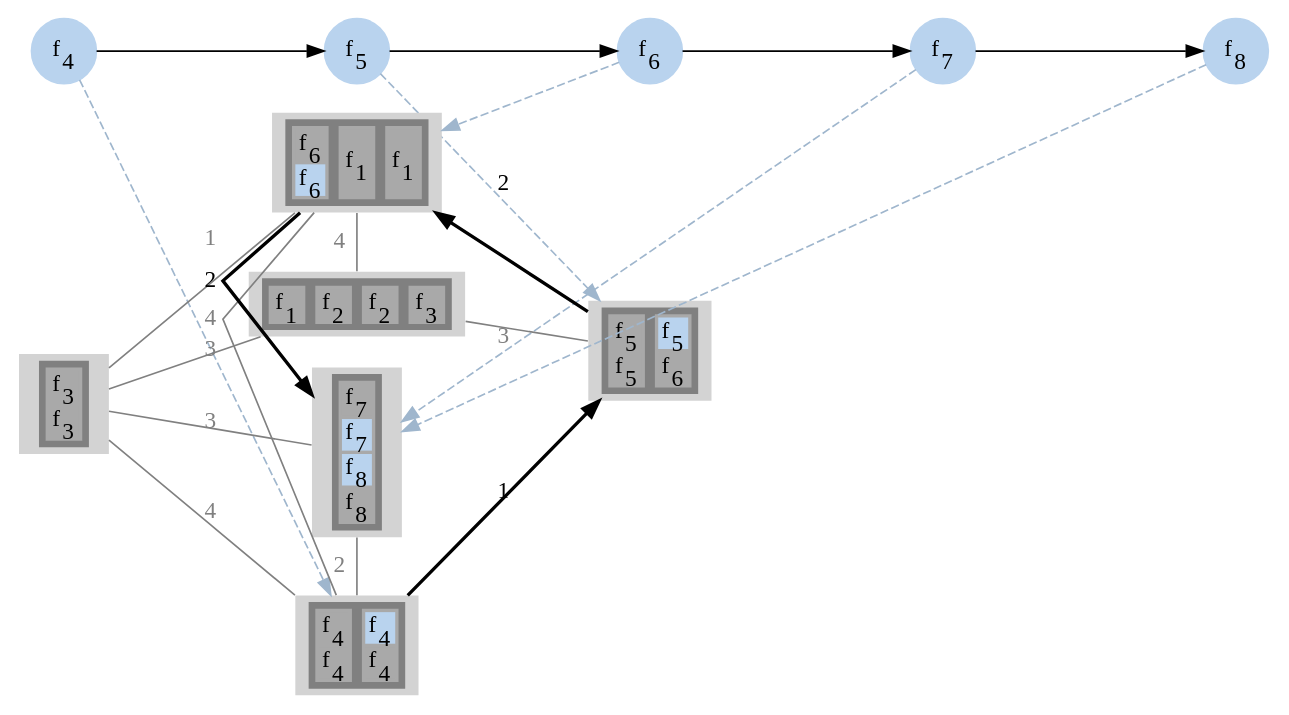
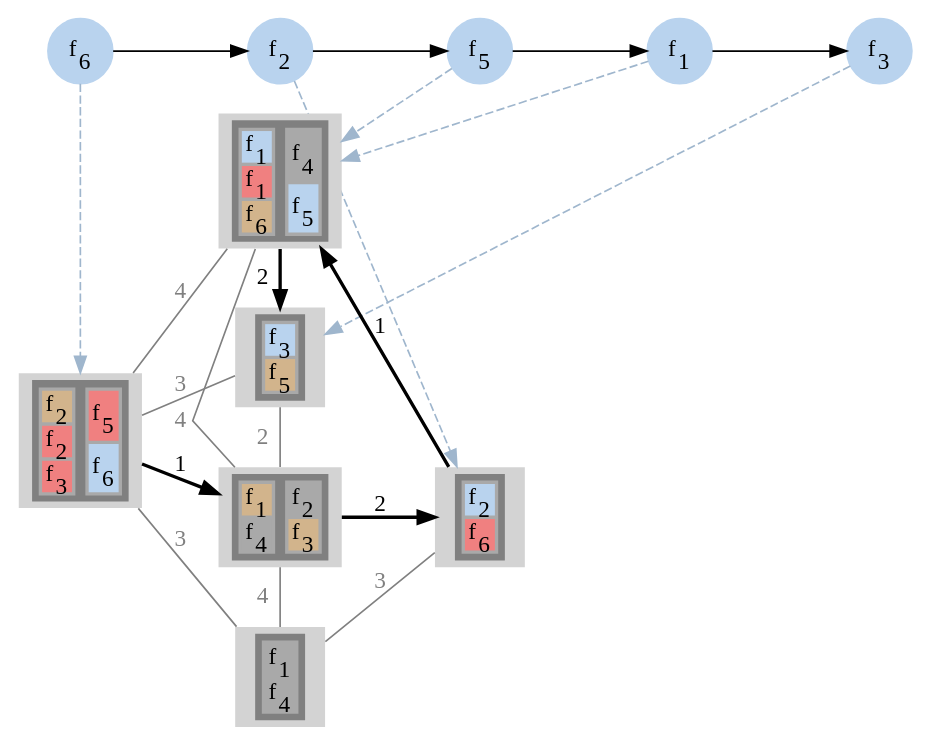
The diagram in output/mainSample1/gv/sfcAssgn5.gv (prateekshyap/SFC_Placement_in_VNF), drawn with Graphviz before and after one commit. The commit also changed 54 other files, not shown here.

```diff
--- a/output/mainSample1/gv/sfcAssgn5.gv
+++ b/output/mainSample1/gv/sfcAssgn5.gv
@@ -5,20 +5,20 @@
 subgraph sfc
 {
 node [shape=circle]
-{rank = same; f4; };
+{rank = same; f6; };
+{rank = same; f2; };
 {rank = same; f5; };
-{rank = same; f6; };
-{rank = same; f7; };
-{rank = same; f8; };
-f4[style=filled label=<f<SUB>4</SUB>> color="slategray2"]
+{rank = same; f1; };
+{rank = same; f3; };
+f6[style=filled label=<f<SUB>6</SUB>> color="slategray2"]
+f2[style=filled label=<f<SUB>2</SUB>> color="slategray2"]
 f5[style=filled label=<f<SUB>5</SUB>> color="slategray2"]
-f6[style=filled label=<f<SUB>6</SUB>> color="slategray2"]
-f7[style=filled label=<f<SUB>7</SUB>> color="slategray2"]
-f8[style=filled label=<f<SUB>8</SUB>> color="slategray2"]
-f4 -> f5
-f5 -> f6
-f6 -> f7
-f7 -> f8
+f1[style=filled label=<f<SUB>1</SUB>> color="slategray2"]
+f3[style=filled label=<f<SUB>3</SUB>> color="slategray2"]
+f6 -> f2
+f2 -> f5
+f5 -> f1
+f1 -> f3
 }
 subgraph network
 {
@@ -26,20 +26,21 @@
 {rank = same; 1; };
 {rank = same; 2; 3; 5; 6; };
 {rank = same; 4; };
-3[style=filled
+1[style=filled
 label=<
 <TABLE BORDER="0" BGCOLOR="gray">
 <TR>
 <TD>
 <TABLE BORDER="0" BGCOLOR="darkgray">
-<TR><TD PORT="f9" BGCOLOR="darkgray">f<SUB>4</SUB></TD></TR>
-<TR><TD PORT="f10" BGCOLOR="darkgray">f<SUB>4</SUB></TD></TR>
+<TR><TD PORT="f4" BGCOLOR="tan">f<SUB>2</SUB></TD></TR>
+<TR><TD PORT="f4" BGCOLOR="lightcoral">f<SUB>2</SUB></TD></TR>
+<TR><TD PORT="f7" BGCOLOR="lightcoral">f<SUB>3</SUB></TD></TR>
 </TABLE>
 </TD>
 <TD>
 <TABLE BORDER="0" BGCOLOR="darkgray">
-<TR><TD PORT="f11" BGCOLOR="slategray2">f<SUB>4</SUB></TD></TR>
-<TR><TD PORT="f12" BGCOLOR="darkgray">f<SUB>4</SUB></TD></TR>
+<TR><TD PORT="f13" BGCOLOR="lightcoral">f<SUB>5</SUB></TD></TR>
+<TR><TD PORT="f18" BGCOLOR="slategray2">f<SUB>6</SUB></TD></TR>
 </TABLE>
 </TD>
 </TR>
@@ -51,14 +52,8 @@
 <TR>
 <TD>
 <TABLE BORDER="0" BGCOLOR="darkgray">
-<TR><TD PORT="f13" BGCOLOR="darkgray">f<SUB>5</SUB></TD></TR>
-<TR><TD PORT="f14" BGCOLOR="darkgray">f<SUB>5</SUB></TD></TR>
-</TABLE>
-</TD>
-<TD>
-<TABLE BORDER="0" BGCOLOR="darkgray">
-<TR><TD PORT="f15" BGCOLOR="slategray2">f<SUB>5</SUB></TD></TR>
-<TR><TD PORT="f16" BGCOLOR="darkgray">f<SUB>6</SUB></TD></TR>
+<TR><TD PORT="f5" BGCOLOR="slategray2">f<SUB>2</SUB></TD></TR>
+<TR><TD PORT="f17" BGCOLOR="lightcoral">f<SUB>6</SUB></TD></TR>
 </TABLE>
 </TD>
 </TR>
@@ -70,14 +65,81 @@
 <TR>
 <TD>
 <TABLE BORDER="0" BGCOLOR="darkgray">
-<TR><TD PORT="f13" BGCOLOR="darkgray">f<SUB>5</SUB></TD></TR>
-<TR><TD PORT="f14" BGCOLOR="darkgray">f<SUB>5</SUB></TD></TR>
+<TR><TD PORT="f5" BGCOLOR="slategray2">f<SUB>2</SUB></TD></TR>
+<TR><TD PORT="f17" BGCOLOR="lightcoral">f<SUB>6</SUB></TD></TR>
+</TABLE>
+</TD>
+</TR>
+</TABLE>>]
+
+3[style=filled
+label=<
+<TABLE BORDER="0" BGCOLOR="gray">
+<TR>
+<TD>
+<TABLE BORDER="0" BGCOLOR="darkgray">
+<TR><TD PORT="f1" BGCOLOR="slategray2">f<SUB>1</SUB></TD></TR>
+<TR><TD PORT="f1" BGCOLOR="lightcoral">f<SUB>1</SUB></TD></TR>
+<TR><TD PORT="f16" BGCOLOR="tan">f<SUB>6</SUB></TD></TR>
 </TABLE>
 </TD>
 <TD>
 <TABLE BORDER="0" BGCOLOR="darkgray">
-<TR><TD PORT="f15" BGCOLOR="slategray2">f<SUB>5</SUB></TD></TR>
-<TR><TD PORT="f16" BGCOLOR="darkgray">f<SUB>6</SUB></TD></TR>
+<TR><TD PORT="f10" BGCOLOR="darkgray">f<SUB>4</SUB></TD></TR>
+<TR><TD PORT="f14" BGCOLOR="slategray2">f<SUB>5</SUB></TD></TR>
+</TABLE>
+</TD>
+</TR>
+</TABLE>>]
+
+3[style=filled
+label=<
+<TABLE BORDER="0" BGCOLOR="gray">
+<TR>
+<TD>
+<TABLE BORDER="0" BGCOLOR="darkgray">
+<TR><TD PORT="f1" BGCOLOR="slategray2">f<SUB>1</SUB></TD></TR>
+<TR><TD PORT="f1" BGCOLOR="lightcoral">f<SUB>1</SUB></TD></TR>
+<TR><TD PORT="f16" BGCOLOR="tan">f<SUB>6</SUB></TD></TR>
+</TABLE>
+</TD>
+<TD>
+<TABLE BORDER="0" BGCOLOR="darkgray">
+<TR><TD PORT="f10" BGCOLOR="darkgray">f<SUB>4</SUB></TD></TR>
+<TR><TD PORT="f14" BGCOLOR="slategray2">f<SUB>5</SUB></TD></TR>
+</TABLE>
+</TD>
+</TR>
+</TABLE>>]
+
+3[style=filled
+label=<
+<TABLE BORDER="0" BGCOLOR="gray">
+<TR>
+<TD>
+<TABLE BORDER="0" BGCOLOR="darkgray">
+<TR><TD PORT="f1" BGCOLOR="slategray2">f<SUB>1</SUB></TD></TR>
+<TR><TD PORT="f1" BGCOLOR="lightcoral">f<SUB>1</SUB></TD></TR>
+<TR><TD PORT="f16" BGCOLOR="tan">f<SUB>6</SUB></TD></TR>
+</TABLE>
+</TD>
+<TD>
+<TABLE BORDER="0" BGCOLOR="darkgray">
+<TR><TD PORT="f10" BGCOLOR="darkgray">f<SUB>4</SUB></TD></TR>
+<TR><TD PORT="f14" BGCOLOR="slategray2">f<SUB>5</SUB></TD></TR>
+</TABLE>
+</TD>
+</TR>
+</TABLE>>]
+
+2[style=filled
+label=<
+<TABLE BORDER="0" BGCOLOR="gray">
+<TR>
+<TD>
+<TABLE BORDER="0" BGCOLOR="darkgray">
+<TR><TD PORT="f8" BGCOLOR="slategray2">f<SUB>3</SUB></TD></TR>
+<TR><TD PORT="f15" BGCOLOR="tan">f<SUB>5</SUB></TD></TR>
 </TABLE>
 </TD>
 </TR>
@@ -89,84 +151,14 @@
 <TR>
 <TD>
 <TABLE BORDER="0" BGCOLOR="darkgray">
-<TR><TD PORT="f17" BGCOLOR="darkgray">f<SUB>6</SUB></TD></TR>
-<TR><TD PORT="f18" BGCOLOR="slategray2">f<SUB>6</SUB></TD></TR>
+<TR><TD PORT="f2" BGCOLOR="tan">f<SUB>1</SUB></TD></TR>
+<TR><TD PORT="f11" BGCOLOR="darkgray">f<SUB>4</SUB></TD></TR>
 </TABLE>
 </TD>
 <TD>
 <TABLE BORDER="0" BGCOLOR="darkgray">
-<TR><TD PORT="f1" BGCOLOR="darkgray">f<SUB>1</SUB></TD></TR>
-</TABLE>
-</TD>
-<TD>
-<TABLE BORDER="0" BGCOLOR="darkgray">
-<TR><TD PORT="f2" BGCOLOR="darkgray">f<SUB>1</SUB></TD></TR>
-</TABLE>
-</TD>
-</TR>
-</TABLE>>]
-
-5[style=filled
-label=<
-<TABLE BORDER="0" BGCOLOR="gray">
-<TR>
-<TD>
-<TABLE BORDER="0" BGCOLOR="darkgray">
-<TR><TD PORT="f17" BGCOLOR="darkgray">f<SUB>6</SUB></TD></TR>
-<TR><TD PORT="f18" BGCOLOR="slategray2">f<SUB>6</SUB></TD></TR>
-</TABLE>
-</TD>
-<TD>
-<TABLE BORDER="0" BGCOLOR="darkgray">
-<TR><TD PORT="f1" BGCOLOR="darkgray">f<SUB>1</SUB></TD></TR>
-</TABLE>
-</TD>
-<TD>
-<TABLE BORDER="0" BGCOLOR="darkgray">
-<TR><TD PORT="f2" BGCOLOR="darkgray">f<SUB>1</SUB></TD></TR>
-</TABLE>
-</TD>
-</TR>
-</TABLE>>]
-
-2[style=filled
-label=<
-<TABLE BORDER="0" BGCOLOR="gray">
-<TR>
-<TD>
-<TABLE BORDER="0" BGCOLOR="darkgray">
-<TR><TD PORT="f19" BGCOLOR="darkgray">f<SUB>7</SUB></TD></TR>
-<TR><TD PORT="f20" BGCOLOR="slategray2">f<SUB>7</SUB></TD></TR>
-<TR><TD PORT="f21" BGCOLOR="slategray2">f<SUB>8</SUB></TD></TR>
-<TR><TD PORT="f22" BGCOLOR="darkgray">f<SUB>8</SUB></TD></TR>
-</TABLE>
-</TD>
-</TR>
-</TABLE>>]
-
-2[style=filled
-label=<
-<TABLE BORDER="0" BGCOLOR="gray">
-<TR>
-<TD>
-<TABLE BORDER="0" BGCOLOR="darkgray">
-<TR><TD PORT="f19" BGCOLOR="darkgray">f<SUB>7</SUB></TD></TR>
-<TR><TD PORT="f20" BGCOLOR="slategray2">f<SUB>7</SUB></TD></TR>
-<TR><TD PORT="f21" BGCOLOR="slategray2">f<SUB>8</SUB></TD></TR>
-<TR><TD PORT="f22" BGCOLOR="darkgray">f<SUB>8</SUB></TD></TR>
-</TABLE>
-</TD>
-</TR>
-</TABLE>>]
-
-1[style=filled
-label=<
-<TABLE BORDER="0" BGCOLOR="gray">
-<TR>
-<TD>
-<TABLE BORDER="0" BGCOLOR="darkgray">
-<TR><TD PORT="f7" BGCOLOR="darkgray">f<SUB>3</SUB></TD></TR>
-<TR><TD PORT="f8" BGCOLOR="darkgray">f<SUB>3</SUB></TD></TR>
+<TR><TD PORT="f6" BGCOLOR="darkgray">f<SUB>2</SUB></TD></TR>
+<TR><TD PORT="f9" BGCOLOR="tan">f<SUB>3</SUB></TD></TR>
 </TABLE>
 </TD>
 </TR>
@@ -179,42 +171,28 @@
 <TD>
 <TABLE BORDER="0" BGCOLOR="darkgray">
 <TR><TD PORT="f3" BGCOLOR="darkgray">f<SUB>1</SUB></TD></TR>
-</TABLE>
-</TD>
-<TD>
-<TABLE BORDER="0" BGCOLOR="darkgray">
-<TR><TD PORT="f4" BGCOLOR="darkgray">f<SUB>2</SUB></TD></TR>
-</TABLE>
-</TD>
-<TD>
-<TABLE BORDER="0" BGCOLOR="darkgray">
-<TR><TD PORT="f5" BGCOLOR="darkgray">f<SUB>2</SUB></TD></TR>
-</TABLE>
-</TD>
-<TD>
-<TABLE BORDER="0" BGCOLOR="darkgray">
-<TR><TD PORT="f6" BGCOLOR="darkgray">f<SUB>3</SUB></TD></TR>
+<TR><TD PORT="f12" BGCOLOR="darkgray">f<SUB>4</SUB></TD></TR>
 </TABLE>
 </TD>
 </TR>
 </TABLE>>]
 
-3 -> 4[label="1" color="black" penwidth=2]
-4 -> 5[label="2" color="black" penwidth=2]
-5 -> 2[label="2" color="black" penwidth=2]
+1 -> 5[label="1" color="black" penwidth=2]
+5 -> 4[label="2" color="black" penwidth=2]
+4 -> 3[label="1" color="black" penwidth=2]
+3 -> 2[label="2" color="black" penwidth=2]
 1 -> 2[label="3" color="gray" fontcolor="gray" dir = none]
 1 -> 3[label="4" color="gray" fontcolor="gray" dir = none]
-1 -> 5[label="1" color="gray" fontcolor="gray" dir = none]
 1 -> 6[label="3" color="gray" fontcolor="gray" dir = none]
-2 -> 3[label="2" color="gray" fontcolor="gray" dir = none]
+2 -> 5[label="2" color="gray" fontcolor="gray" dir = none]
 3 -> 5[label="4" color="gray" fontcolor="gray" dir = none]
 4 -> 6[label="3" color="gray" fontcolor="gray" dir = none]
 5 -> 6[label="4" color="gray" fontcolor="gray" dir = none]
 }
 splines=false
-f4 -> 3[color="slategray3" style=dashed constraint=false]
-f5 -> 4[color="slategray3" style=dashed constraint=false]
-f6 -> 5[color="slategray3" style=dashed constraint=false]
-f7 -> 2[color="slategray3" style=dashed constraint=false]
-f8 -> 2[color="slategray3" style=dashed constraint=false]
+f6 -> 1[color="slategray3" style=dashed constraint=false]
+f2 -> 4[color="slategray3" style=dashed constraint=false]
+f5 -> 3[color="slategray3" style=dashed constraint=false]
+f1 -> 3[color="slategray3" style=dashed constraint=false]
+f3 -> 2[color="slategray3" style=dashed constraint=false]
 }
```
